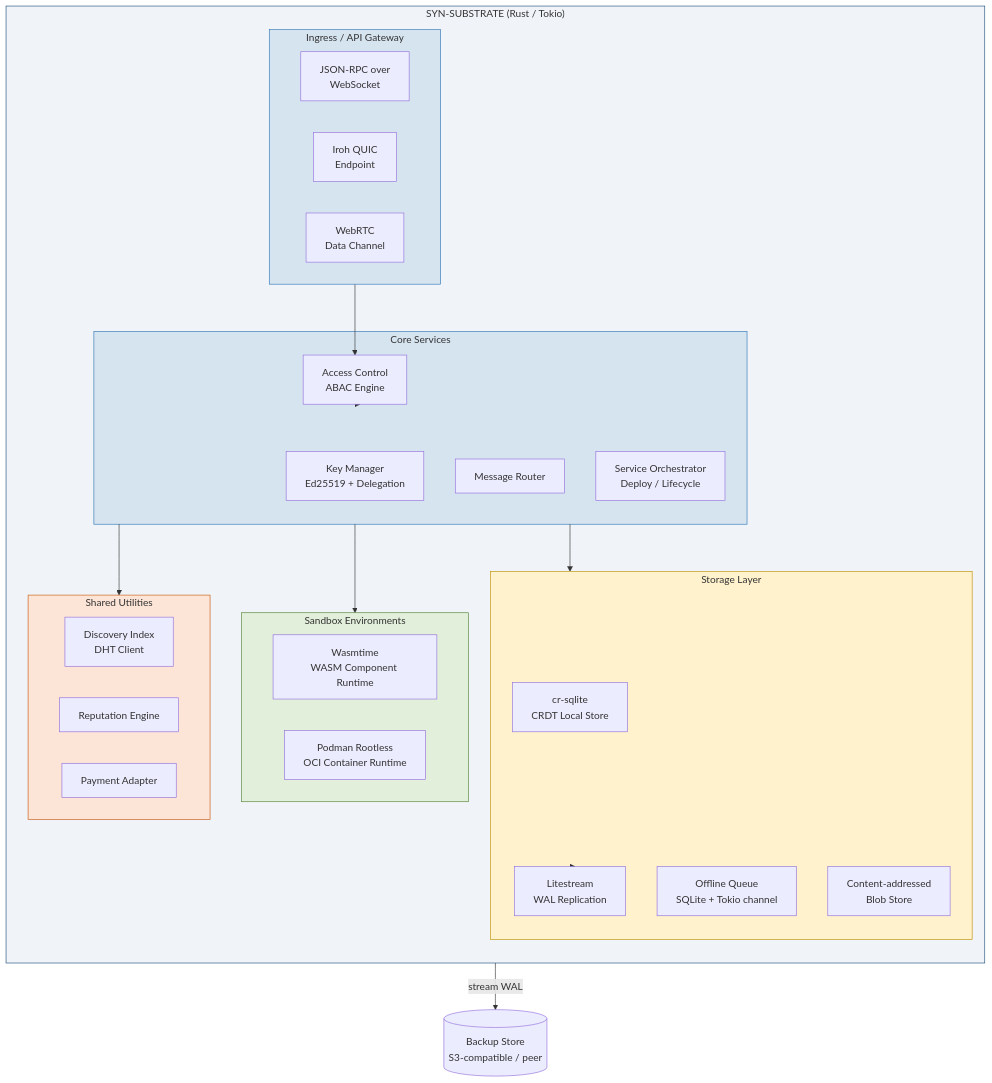
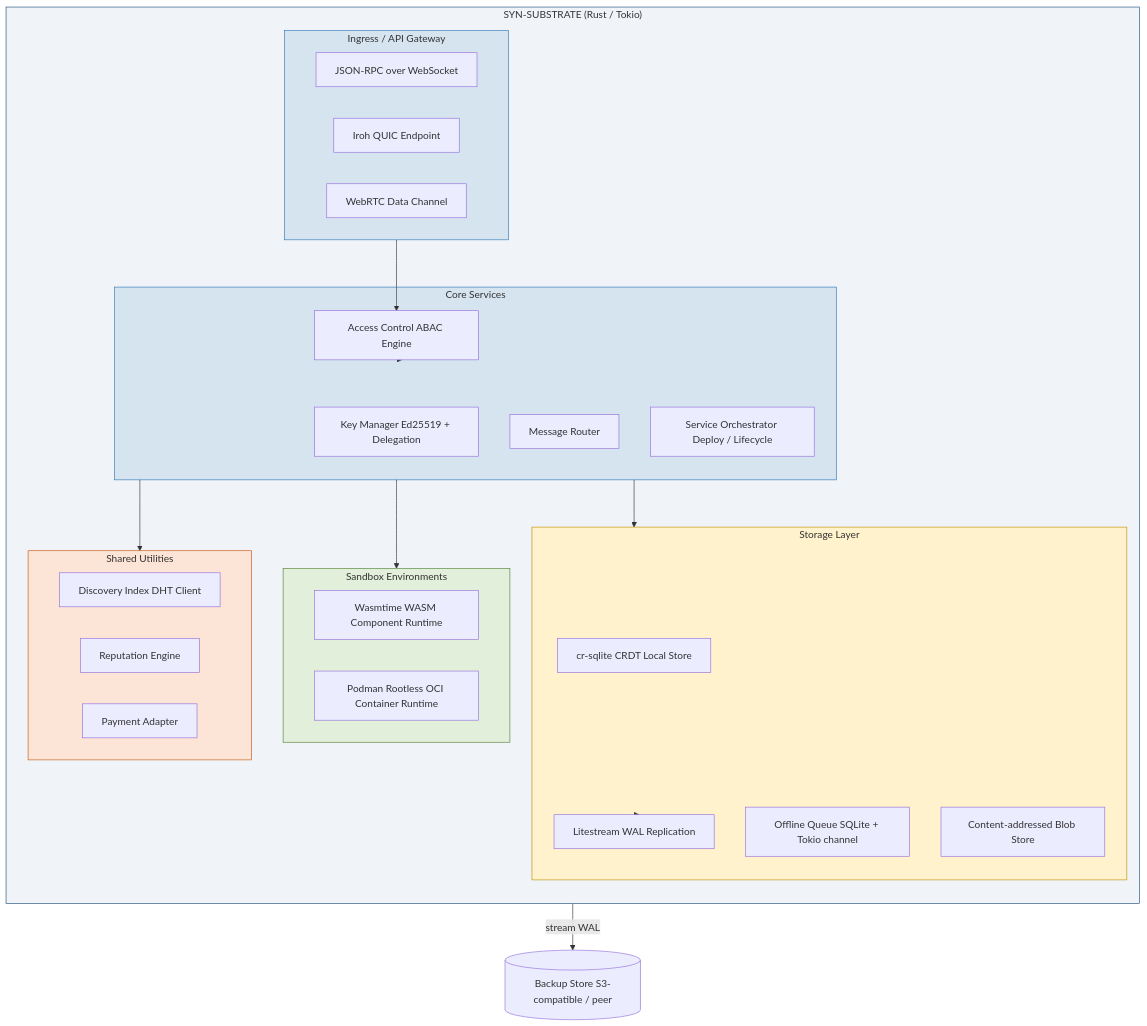
Before and after one commit to syneroym/syneroym: the sixth of 21 diagrams in docs/architecture.md, drawn with Mermaid. The commit also changed other lines of this file, not shown here.

````diff
--- a/docs/architecture.md
+++ b/docs/architecture.md
@@ -215,52 +214,52 @@
 ```mermaid
 flowchart TD
     subgraph SUBSTRATE["SYN-SUBSTRATE (Rust / Tokio)"]
         direction TB
         
         subgraph INGRESS["Ingress / API Gateway"]
-            WS[JSON-RPC over\nWebSocket]
-            QUIC_EP[Iroh QUIC\nEndpoint]
-            WRT[WebRTC\nData Channel]
+            WS[JSON-RPC over WebSocket]
+            QUIC_EP[Iroh QUIC Endpoint]
+            WRT[WebRTC Data Channel]
         end
 
         subgraph CORE["Core Services"]
-            KM[Key Manager\nEd25519 + Delegation]
-            AC[Access Control\nABAC Engine]
+            KM[Key Manager Ed25519 + Delegation]
+            AC[Access Control ABAC Engine]
             MSG[Message Router]
-            ORCH[Service Orchestrator\nDeploy / Lifecycle]
+            ORCH[Service Orchestrator Deploy / Lifecycle]
         end
 
         subgraph SANDBOX["Sandbox Environments"]
-            WASM[Wasmtime\nWASM Component Runtime]
-            OCI[Podman Rootless\nOCI Container Runtime]
+            WASM[Wasmtime WASM Component Runtime]
+            OCI[Podman Rootless OCI Container Runtime]
         end
 
         subgraph STORAGE["Storage Layer"]
-            CRSQL[cr-sqlite\nCRDT Local Store]
-            QUEUE[Offline Queue\nSQLite + Tokio channel]
-            BLOB[Content-addressed\nBlob Store]
-            LS[Litestream\nWAL Replication]
+            CRSQL[cr-sqlite CRDT Local Store]
+            QUEUE[Offline Queue SQLite + Tokio channel]
+            BLOB[Content-addressed Blob Store]
+            LS[Litestream WAL Replication]
         end
 
         subgraph UTIL["Shared Utilities"]
-            DISC[Discovery Index\nDHT Client]
+            DISC[Discovery Index DHT Client]
             REP[Reputation Engine]
             PAY[Payment Adapter]
         end
     end
 
     INGRESS --> AC
     AC --> CORE
     CORE --> SANDBOX
     CORE --> STORAGE
     CORE --> UTIL
     STORAGE --> LS
-    LS -->|"stream WAL"| BACKUP[(Backup Store\nS3-compatible / peer)]
+    LS -->|"stream WAL"| BACKUP[(Backup Store S3-compatible / peer)]
 
     style SUBSTRATE fill:#f0f4f8,stroke:#1F4E79
     style INGRESS fill:#D6E4F0,stroke:#2E75B6
     style CORE fill:#D6E4F0,stroke:#2E75B6
     style SANDBOX fill:#E2EFDA,stroke:#548235
     style STORAGE fill:#FFF2CC,stroke:#BF9000
     style UTIL fill:#FCE4D6,stroke:#C55A11
 ```
````
